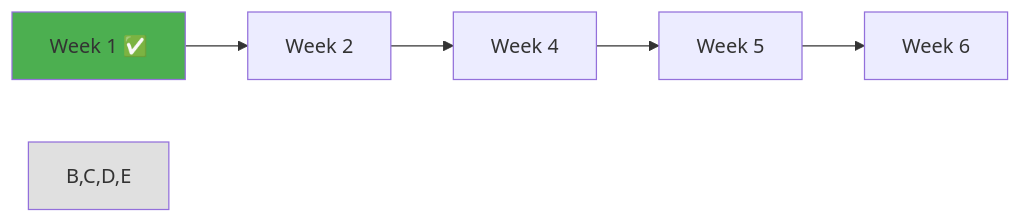
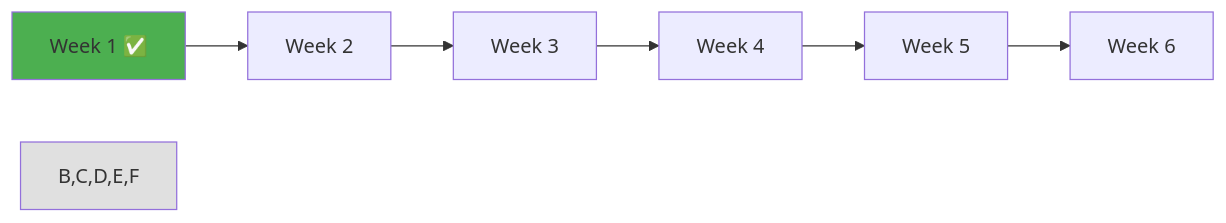
One commit to niceguy61/kdt_devops_lecture_2025 changed the ninth of 9 diagrams in theory/week_01/day4/README.md. Above: the diagram before and after it, drawn with Mermaid. The commit also changed other lines of this file and 26 other files, not shown here.

````diff
--- a/theory/week_01/day4/README.md
+++ b/theory/week_01/day4/README.md
@@ -794,10 +794,11 @@
 ```mermaid
 graph LR
     A[Week 1 ✅] --> B[Week 2]
-    B --> C[Week 4]
-    C --> D[Week 5]
-    D --> E[Week 6]
+    B --> C[Week 3]
+    C --> D[Week 4]
+    D --> E[Week 5]
+    E --> F[Week 6]
     
     style A fill:#4caf50
-    style B,C,D,E fill:#e0e0e0
+    style B,C,D,E,F fill:#e0e0e0
 ```
````
